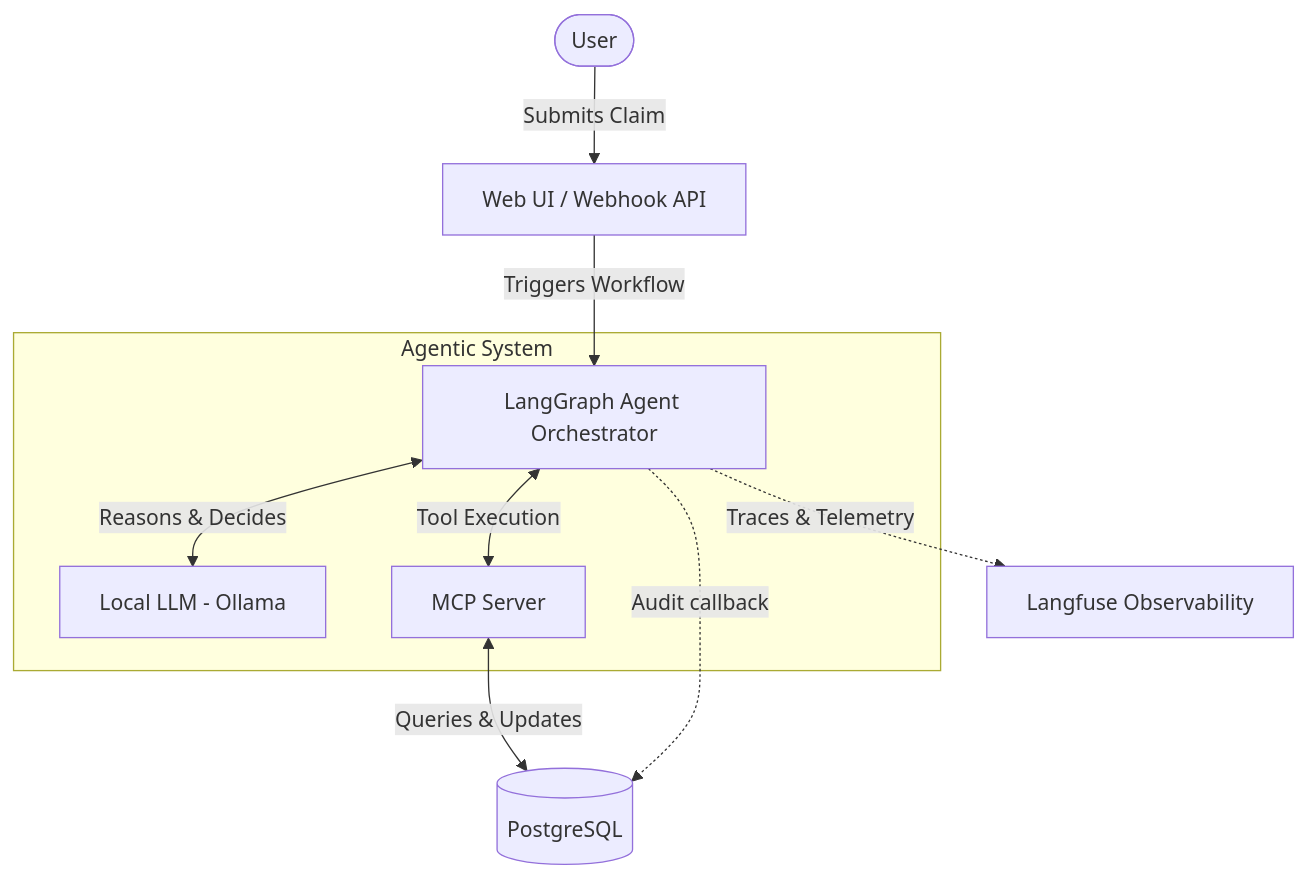
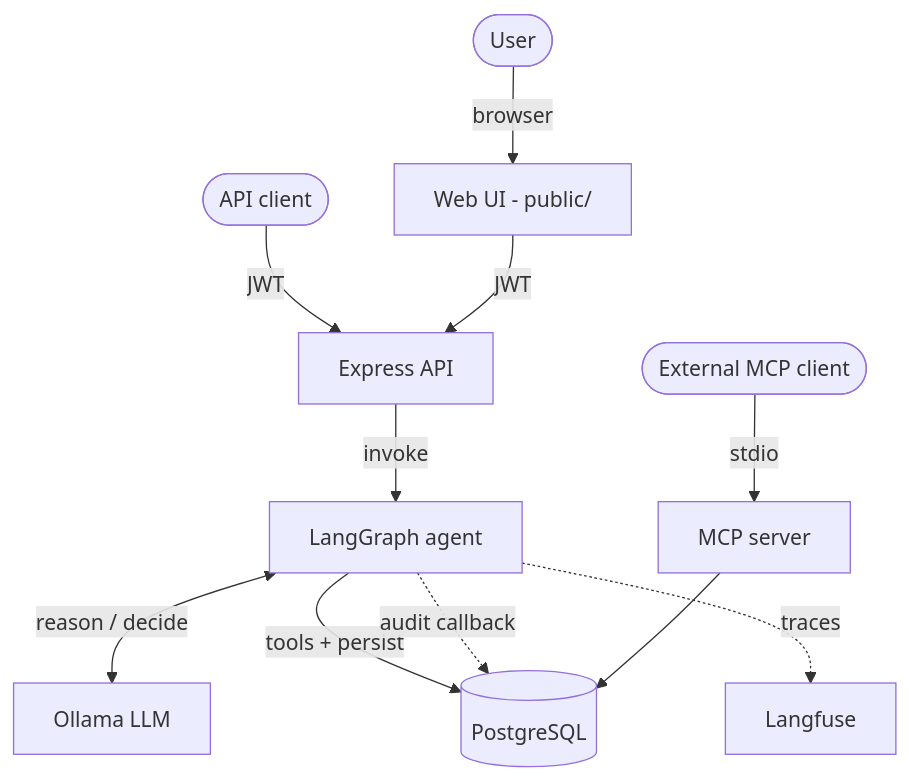
The second of 2 diagrams in README.md (Arturrio112/AgenticInsuranceClaimOrchestrator), drawn with Mermaid before and after one commit. The commit also changed other lines of this file and 1 other file, not shown here.

First line of the commit message:
docs: bring README up to date with the current system

````diff
--- a/README.md
+++ b/README.md
@@ -17,14 +44,13 @@
 ```mermaid
 flowchart TD
-    User([User]) -->|Submits Claim| UI[Web UI / Webhook API]
-    UI -->|Triggers Workflow| LangGraph[LangGraph Agent Orchestrator]
-    
-    subgraph Agentic System
-        LangGraph <-->|Reasons & Decides| LLM[Local LLM - Ollama]
-        LangGraph <-->|Tool Execution| MCP[MCP Server]
-    end
-    
-    MCP <-->|Queries & Updates| DB[(PostgreSQL)]
-    LangGraph -.->|Traces & Telemetry| Langfuse[Langfuse Observability]
-    LangGraph -.->|Audit callback| DB
+    User([User]) -->|browser| UI[Web UI - public/]
+    Client([API client]) -->|JWT| API
+    UI -->|JWT| API[Express API]
+    API -->|invoke| Graph[LangGraph agent]
+    Graph <-->|reason / decide| LLM[Ollama LLM]
+    Graph -->|tools + persist| DB[(PostgreSQL)]
+    Graph -.->|audit callback| DB
+    Graph -.->|traces| Langfuse[Langfuse]
+    MCPClient([External MCP client]) -->|stdio| MCP[MCP server]
+    MCP --> DB
 ```
````
